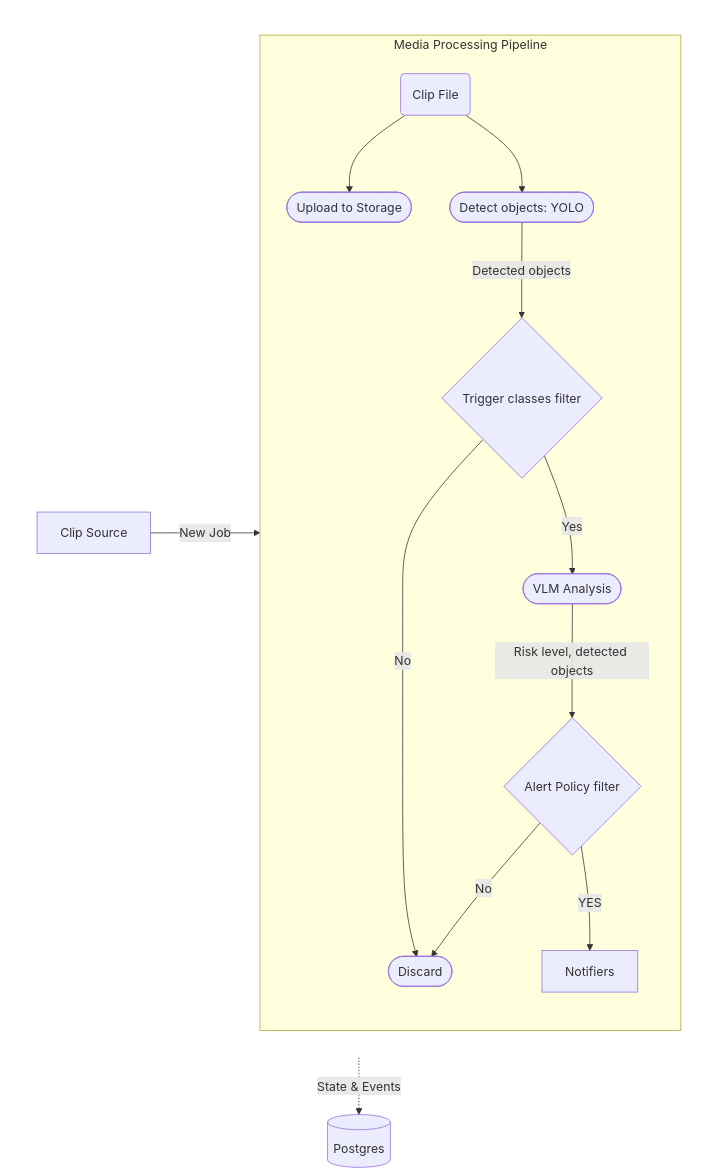
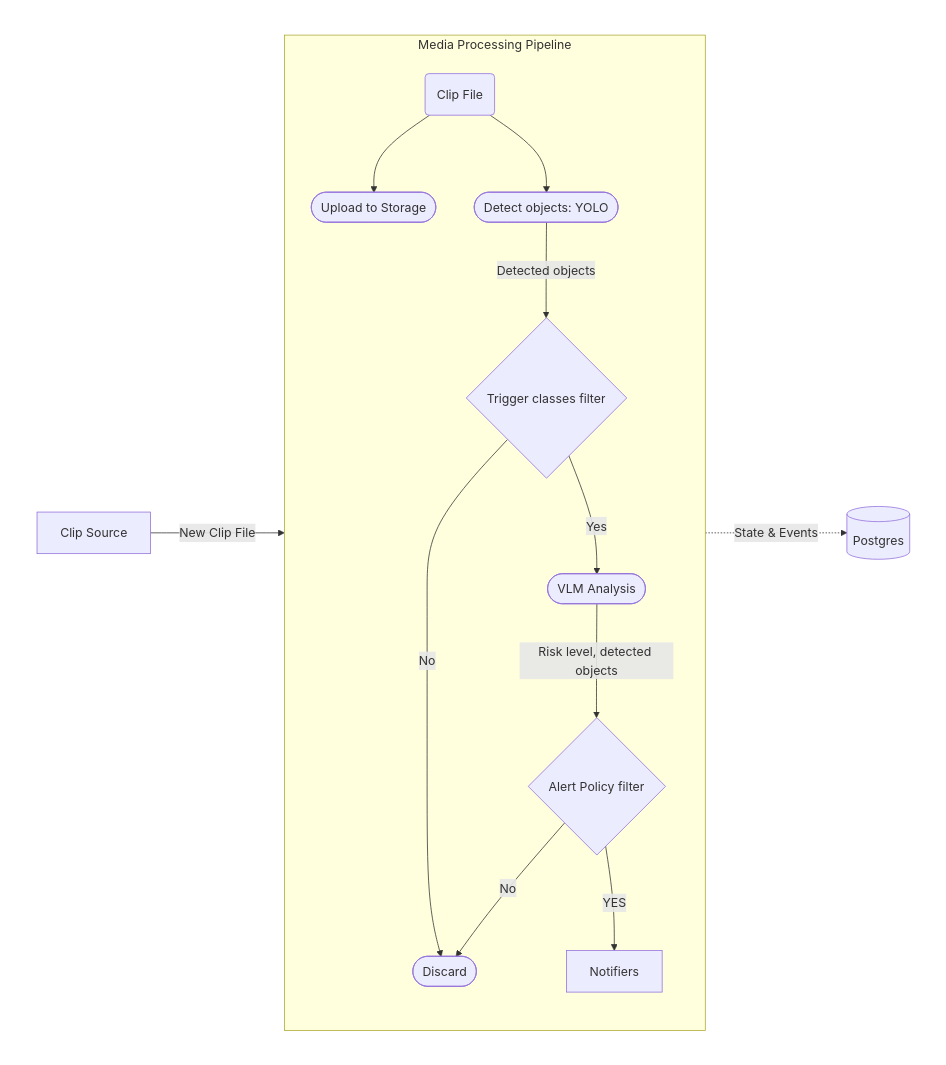
The diagram in README.md (lan17/homesec), drawn with Mermaid before and after one commit.

Commit message:
docs: position Postgres to the right of pipeline

````diff
--- a/README.md
+++ b/README.md
@@ -21,27 +21,27 @@
 ```mermaid
 graph TD
     %% Layout Wrapper for horizontal alignment
     subgraph Wrapper [" "]
         direction LR
         style Wrapper fill:none,stroke:none
         
         S[Clip Source]
         
         subgraph Pipeline [Media Processing Pipeline]
             direction TB
             C(Clip File) --> U([Upload to Storage])
             C --> F([Detect objects: YOLO])
             F -->|Detected objects| AI{Trigger classes filter}
             AI -->|Yes| V([VLM Analysis])
             AI -->|No| D([Discard])
             V -->|Risk level, detected objects| P{Alert Policy filter}
             P -->|No| D
             P -->|YES| N[Notifiers]
         end
         
-        S -->|New Job| C
+        S -->|New Clip File| Pipeline
+        
+        PG[(Postgres)]
+        Pipeline -.->|State & Events| PG
     end
-
-    PG[(Postgres)]
-    C -.->|State & Events| PG
 ```
````
